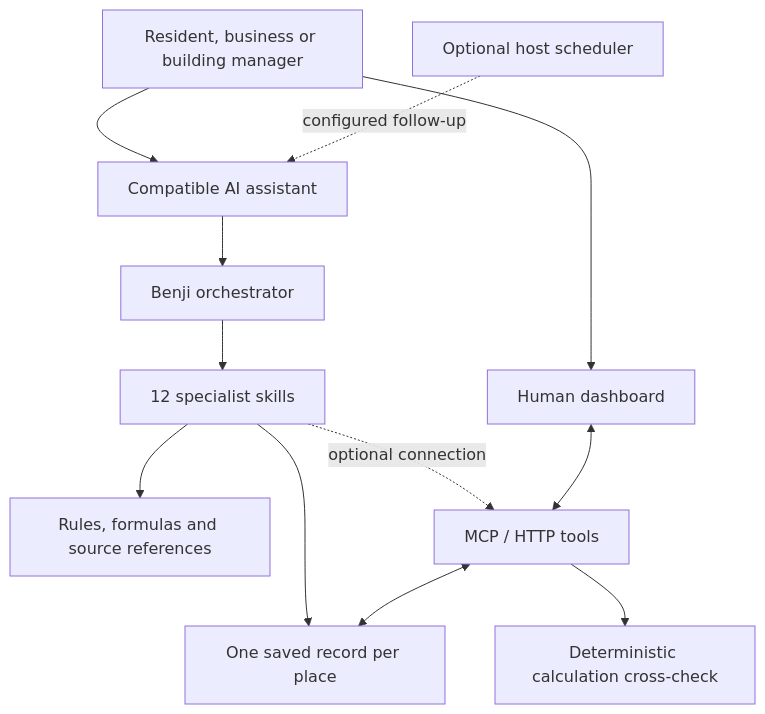
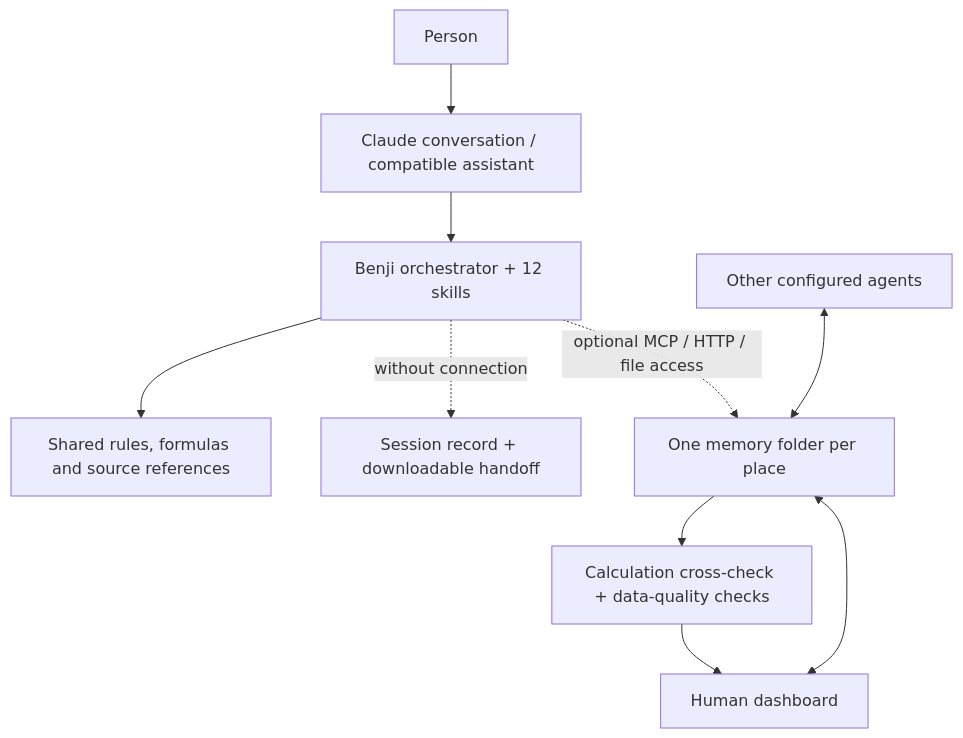
One commit to Fredess74/benji changed the second of 2 diagrams in README.md. Above: the diagram before and after it, drawn with Mermaid. The commit also changed other lines of this file and 34 other files, not shown here.

````diff
--- a/README.md
+++ b/README.md
@@ -57,14 +168,12 @@
 ```mermaid
 flowchart TD
-    U["Resident, business or building manager"] --> A["Compatible AI assistant"]
-    A --> O["Benji orchestrator"]
-    O --> S["12 specialist skills"]
-    S --> R["Rules, formulas and source references"]
-    S --> M["One saved record per place"]
-    S -. "optional connection" .-> T["MCP / HTTP tools"]
-    T <--> M
-    T --> C["Deterministic calculation cross-check"]
-    D["Human dashboard"] <--> T
-    U --> D
-    X["Optional host scheduler"] -. "configured follow-up" .-> A
+    P["Person"] --> A["Claude conversation / compatible assistant"]
+    A --> S["Benji orchestrator + 12 skills"]
+    S --> R["Shared rules, formulas and source references"]
+    S -. "without connection" .-> H["Session record + downloadable handoff"]
+    S -. "optional MCP / HTTP / file access" .-> M["One memory folder per place"]
+    G["Other configured agents"] <--> M
+    D["Human dashboard"] <--> M
+    M --> C["Calculation cross-check + data-quality checks"]
+    C --> D
 ```
````
